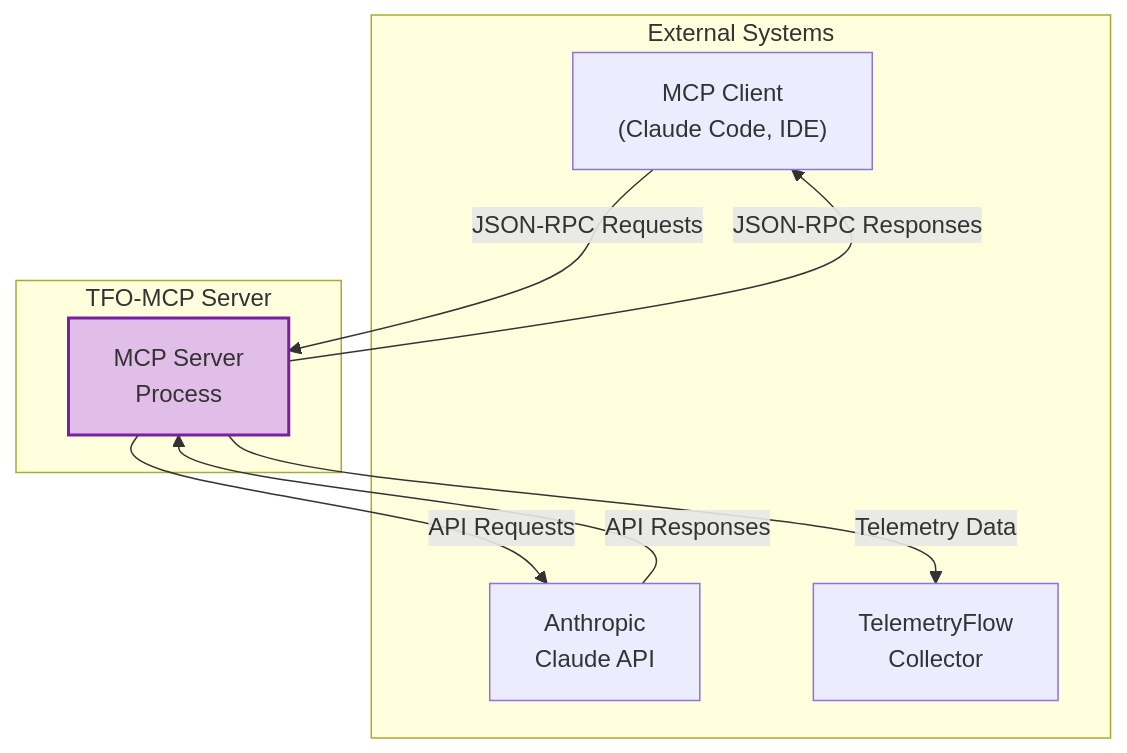
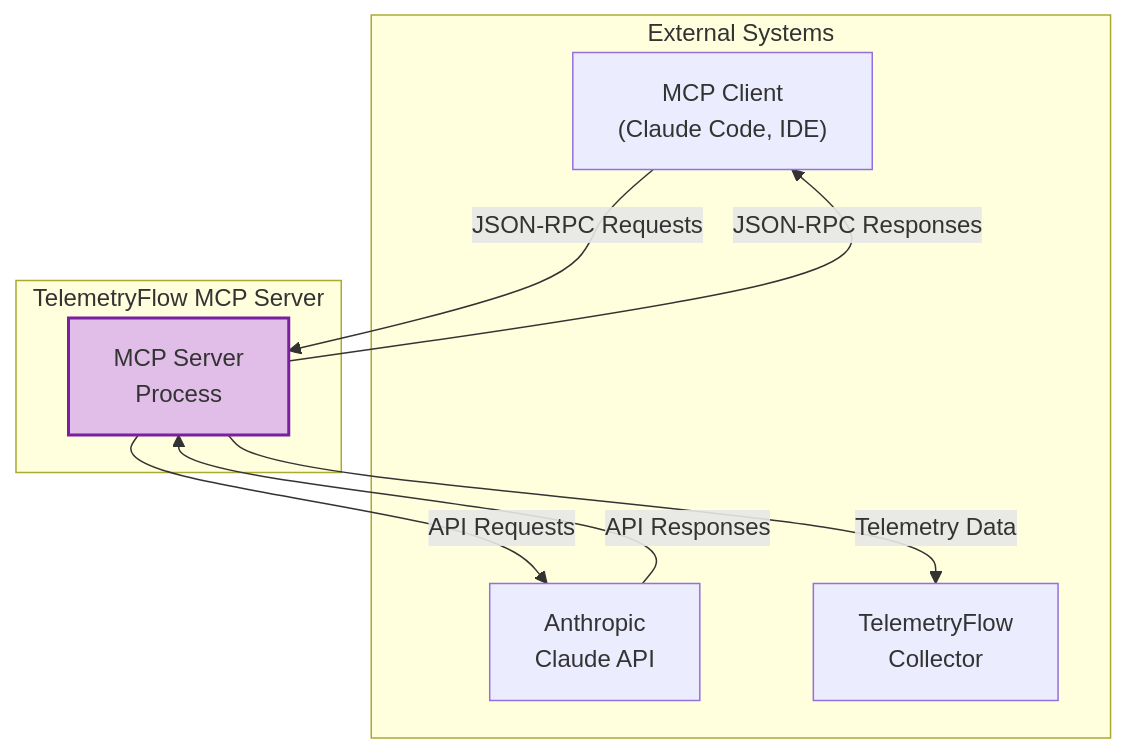
One commit to telemetryflow/telemetryflow-go-mcp changed the second of 15 diagrams in docs/DFD.md. Above: the diagram before and after it, drawn with Mermaid. The commit also changed other lines of this file and 65 other files, not shown here.

````diff
--- a/docs/DFD.md
+++ b/docs/DFD.md
@@ -45,20 +45,20 @@
 ```mermaid
 flowchart TB
     subgraph External["External Systems"]
         CLIENT["MCP Client<br/>(Claude Code, IDE)"]
         CLAUDE["Anthropic<br/>Claude API"]
         OTEL["TelemetryFlow<br/>Collector"]
     end
 
-    subgraph TFO_MCP["TFO-MCP Server"]
+    subgraph TFO_MCP["TelemetryFlow MCP Server"]
         SYSTEM["MCP Server<br/>Process"]
     end
 
     CLIENT -->|"JSON-RPC Requests"| SYSTEM
     SYSTEM -->|"JSON-RPC Responses"| CLIENT
     SYSTEM -->|"API Requests"| CLAUDE
     CLAUDE -->|"API Responses"| SYSTEM
     SYSTEM -->|"Telemetry Data"| OTEL
 
     style SYSTEM fill:#e1bee7,stroke:#7b1fa2,stroke-width:2px
 ```
````
